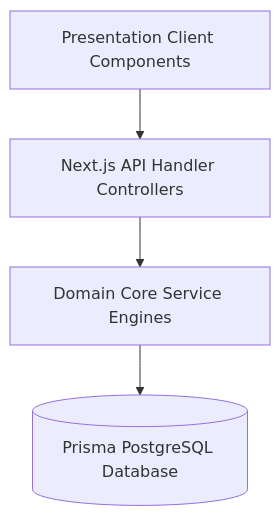
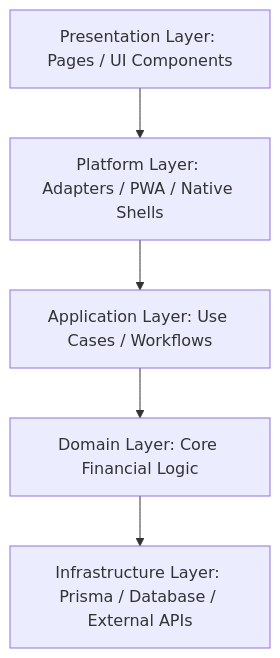
One commit to dikshant363/smart-personal-finance-analyzer changed the diagram in ARCHITECTURE.md. Above: the diagram before and after it, drawn with Mermaid. The commit also changed other lines of this file and 6 other files, not shown here.

````diff
--- a/ARCHITECTURE.md
+++ b/ARCHITECTURE.md
@@ -7,6 +13,7 @@
 ```mermaid
 graph TD
-    UI[Presentation Client Components] --> API[Next.js API Handler Controllers]
-    API --> Services[Domain Core Service Engines]
-    Services --> DB[(Prisma PostgreSQL Database)]
+    Presentation[Presentation Layer: Pages / UI Components] --> Platform[Platform Layer: Adapters / PWA / Native Shells]
+    Platform --> Application[Application Layer: Use Cases / Workflows]
+    Application --> Domain[Domain Layer: Core Financial Logic]
+    Domain --> Infrastructure[Infrastructure Layer: Prisma / Database / External APIs]
 ```
````
